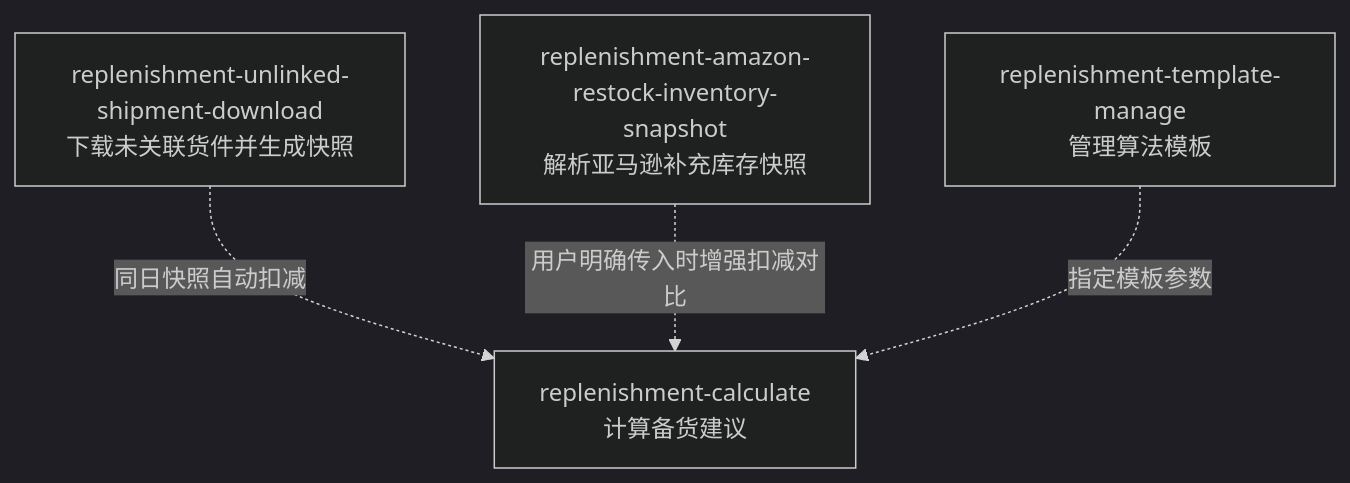
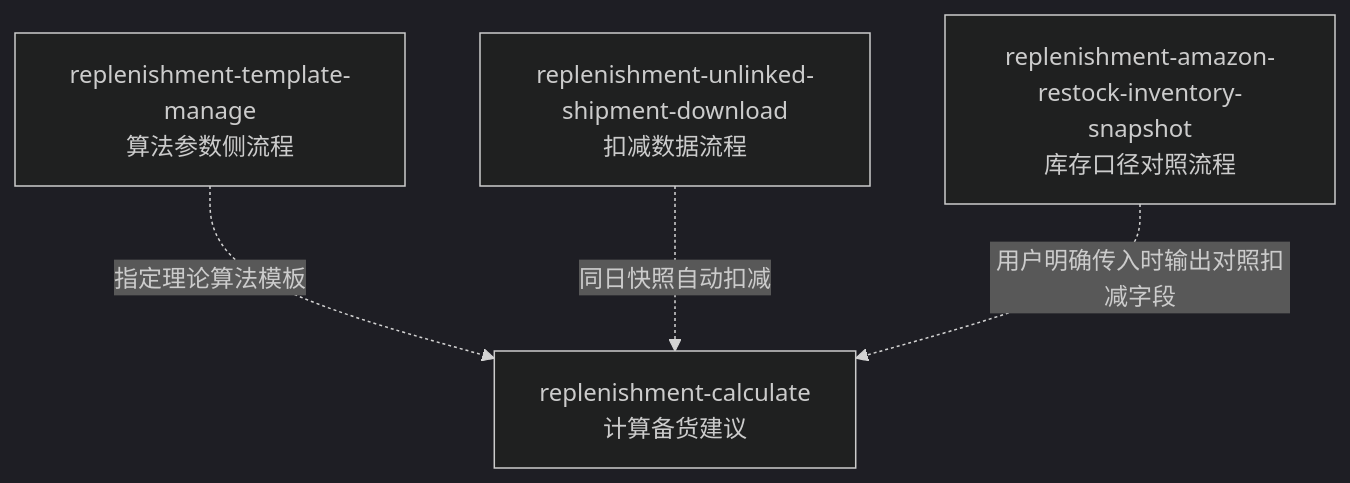
The second of 2 diagrams in skills/replenishment-workflow-map/SKILL.md (LXE123/LXE_AGENT), drawn with Mermaid (dark theme) before and after one commit. The commit also changed other lines of this file and 10 other files, not shown here.

First line of the commit message:
feat(mabang): refresh replenishment template workbook

````diff
--- a/skills/replenishment-workflow-map/SKILL.md
+++ b/skills/replenishment-workflow-map/SKILL.md
@@ -24,6 +24,6 @@
 ```mermaid
 flowchart TD
-  E["replenishment-unlinked-shipment-download<br/>下载未关联货件并生成快照"] -. "同日快照自动扣减" .-> F["replenishment-calculate<br/>计算备货建议"]
-  H["replenishment-amazon-restock-inventory-snapshot<br/>解析亚马逊补充库存快照"] -. "用户明确传入时增强扣减对比" .-> F
-  G["replenishment-template-manage<br/>管理算法模板"] -. "指定模板参数" .-> F
+  G["replenishment-template-manage<br/>算法参数侧流程"] -. "指定理论算法模板" .-> F["replenishment-calculate<br/>计算备货建议"]
+  E["replenishment-unlinked-shipment-download<br/>扣减数据流程"] -. "同日快照自动扣减" .-> F
+  H["replenishment-amazon-restock-inventory-snapshot<br/>库存口径对照流程"] -. "用户明确传入时输出对照扣减字段" .-> F
 ```
````
